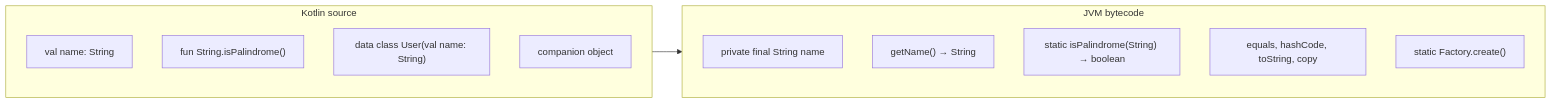
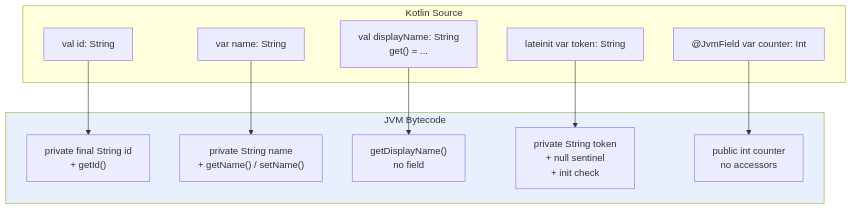
The second of 8 diagrams in vol-18-jvm-kotlin/ch07-kotlin-interop.md (bumbsclaw/textbooks), drawn with Mermaid before and after one commit. The commit also changed other lines of this file and 5 other files, not shown here.

````diff
--- a/vol-18-jvm-kotlin/ch07-kotlin-interop.md
+++ b/vol-18-jvm-kotlin/ch07-kotlin-interop.md
@@ -92,17 +134,23 @@
 ```mermaid
-flowchart LR
-    subgraph KOTLIN["Kotlin source"]
-        P["val name: String"]
-        E["fun String.isPalindrome()"]
-        D["data class User(val name: String)"]
-        CO["companion object"]
+flowchart TB
+    subgraph Kotlin["Kotlin Source"]
+        P1["val id: String"]
+        P2["var name: String"]
+        P3["val displayName: String<br/>get() = ..."]
+        P4["lateinit var token: String"]
+        P5["@JvmField var counter: Int"]
     end
-    subgraph JVM["JVM bytecode"]
-        F["private final String name"]
-        G["getName() → String"]
-        SM["static isPalindrome(String) → boolean"]
-        CD["equals, hashCode, toString, copy"]
-        ST["static Factory.create()"]
+    subgraph JVM["JVM Bytecode"]
+        J1["private final String id<br/>+ getId()"]
+        J2["private String name<br/>+ getName() / setName()"]
+        J3["getDisplayName()<br/>no field"]
+        J4["private String token<br/>+ null sentinel<br/>+ init check"]
+        J5["public int counter<br/>no accessors"]
     end
-    KOTLIN --> JVM
+    P1 --> J1
+    P2 --> J2
+    P3 --> J3
+    P4 --> J4
+    P5 --> J5
+    style JVM fill:#E8F0FE
 ```
````
